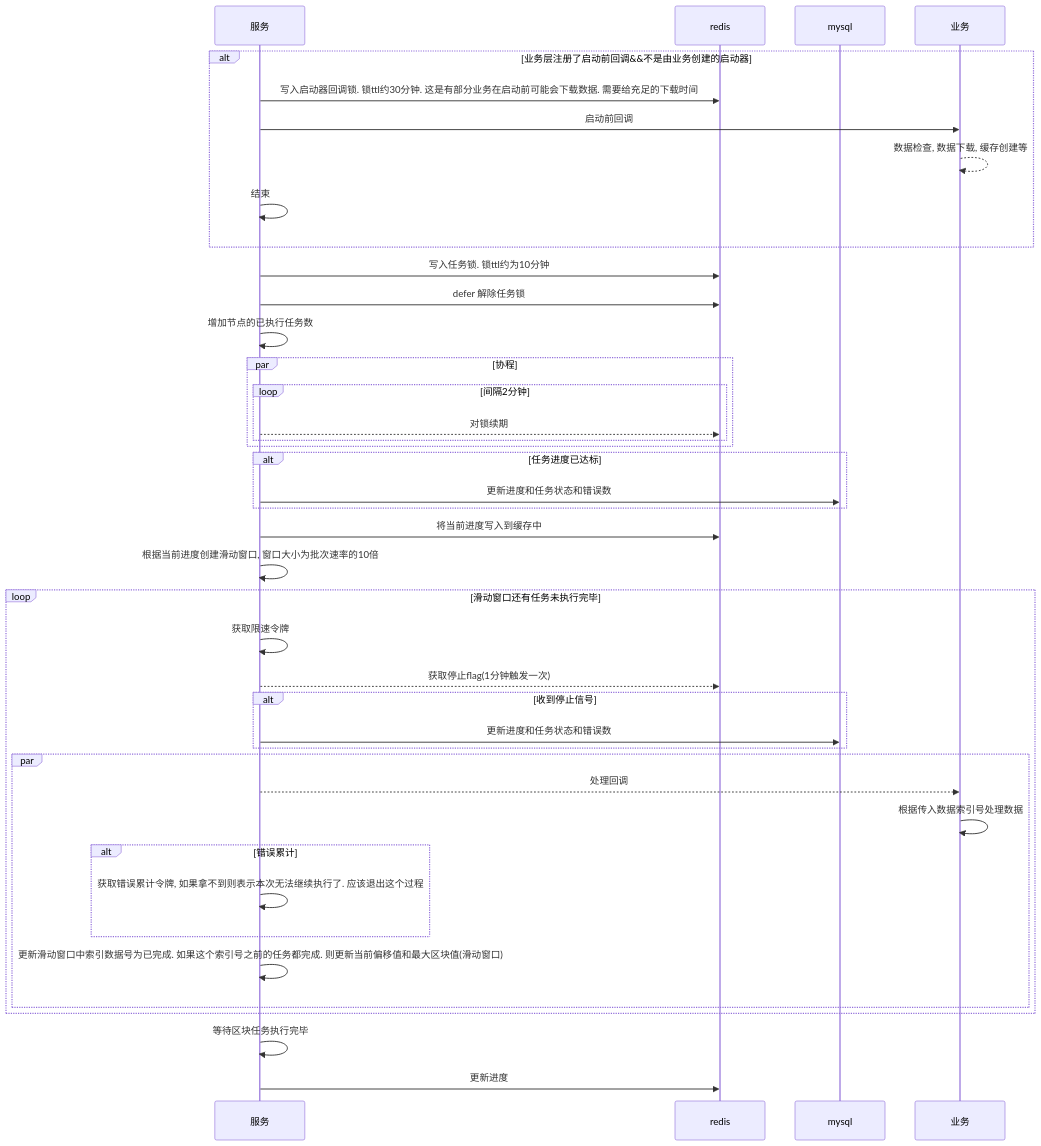
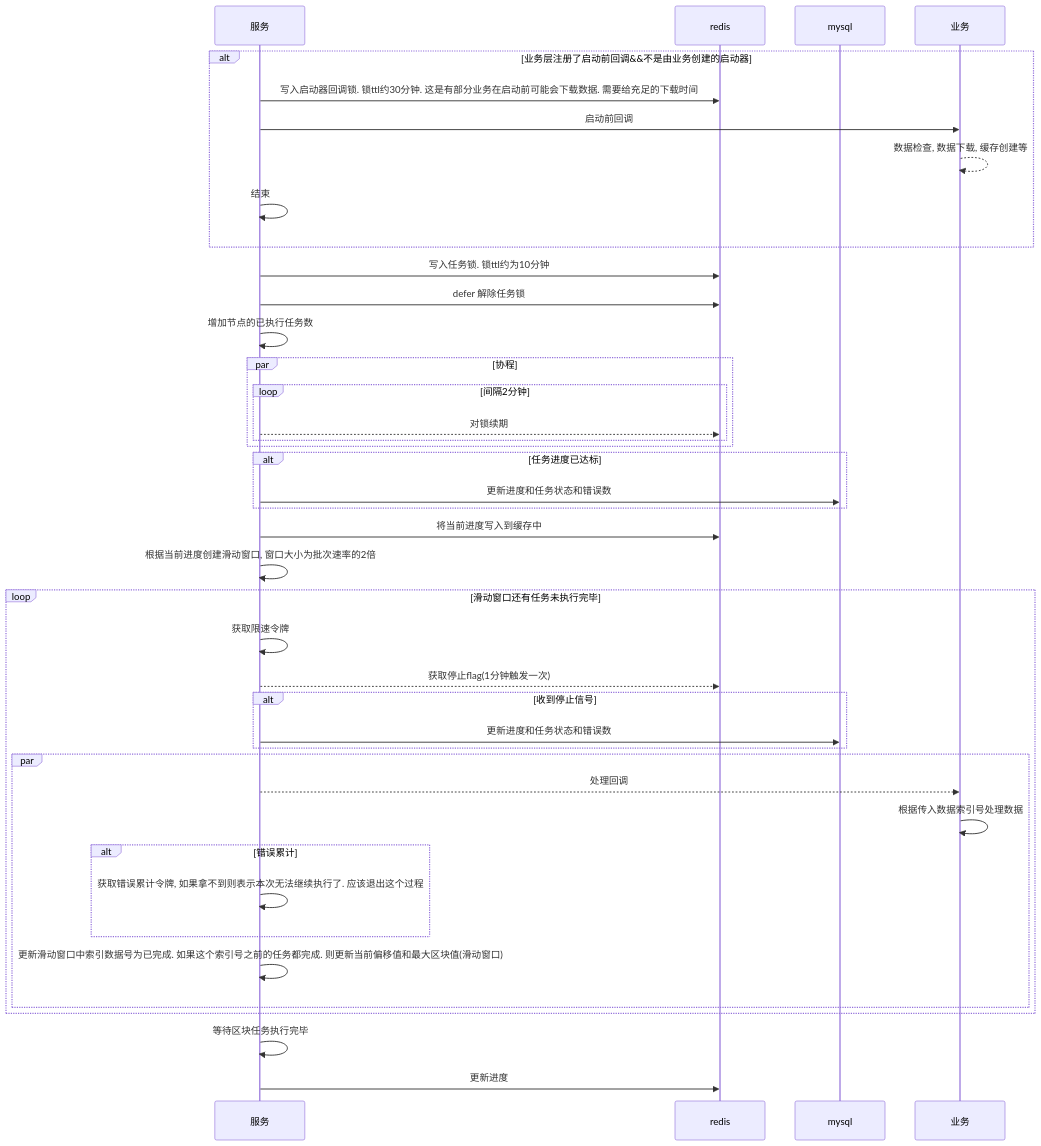
One commit to zlyuancn/batch_job changed the third of 5 diagrams in readme.md. Above: the diagram before and after it, drawn with Mermaid. The commit also changed 10 other files, not shown here.

````diff
--- a/readme.md
+++ b/readme.md
@@ -136,52 +136,52 @@
 ```mermaid
 sequenceDiagram
 participant b as 服务
 participant c as redis
 participant d as mysql
 participant f as 业务
 
 alt 业务层注册了启动前回调&&不是由业务创建的启动器
   b ->> c: 写入启动器回调锁. 锁ttl约30分钟. 这是有部分业务在启动前可能会下载数据. 需要给充足的下载时间
   b ->> f: 启动前回调
   f -->> f: 数据检查, 数据下载, 缓存创建等
   b ->> b: 结束
 end
 
 b ->> c: 写入任务锁. 锁ttl约为10分钟
 b ->> c: defer 解除任务锁
 
 b ->> b: 增加节点的已执行任务数
 par 协程
   loop 间隔2分钟
    b -->> c: 对锁续期
   end
 end
 
 alt 任务进度已达标
   b ->> d: 更新进度和任务状态和错误数
 end
 
 b ->> c: 将当前进度写入到缓存中
 
-b ->> b: 根据当前进度创建滑动窗口, 窗口大小为批次速率的10倍
+b ->> b: 根据当前进度创建滑动窗口, 窗口大小为批次速率的2倍
 
 loop 滑动窗口还有任务未执行完毕
   b ->> b: 获取限速令牌
   
   b -->> c: 获取停止flag(1分钟触发一次)
   alt 收到停止信号
     b ->> d: 更新进度和任务状态和错误数
   end
   
   par
     b -->> f: 处理回调
     f ->> f: 根据传入数据索引号处理数据
     alt 错误累计
       b ->> b: 获取错误累计令牌, 如果拿不到则表示本次无法继续执行了. 应该退出这个过程
     end
     b ->> b: 更新滑动窗口中索引数据号为已完成. 如果这个索引号之前的任务都完成. 则更新当前偏移值和最大区块值(滑动窗口)
   end
 end
 b ->> b: 等待区块任务执行完毕
 b ->> c: 更新进度
 ```
````
